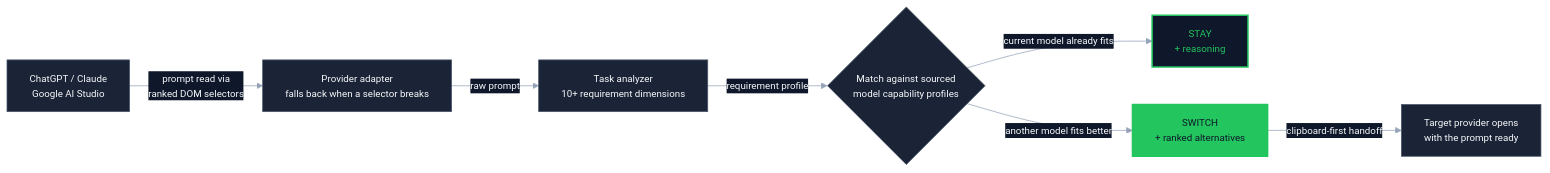
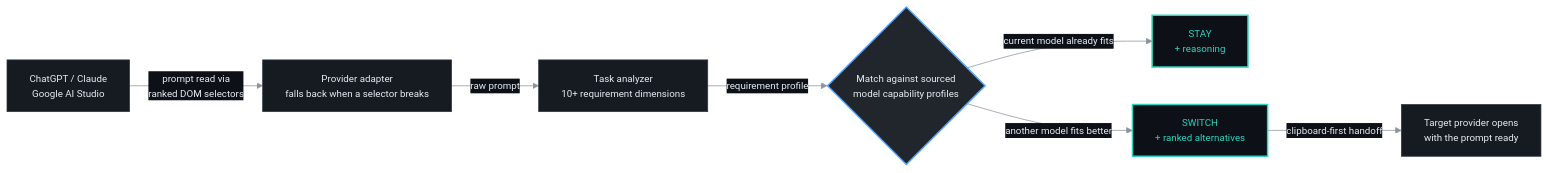
The first of 5 diagrams in README.md (amansinghyadav4/amansinghyadav4), drawn with Mermaid before and after one commit. The commit also changed other lines of this file, not shown here.

````diff
--- a/README.md
+++ b/README.md
@@ -174,12 +146,13 @@
 ```mermaid
-%%{init: {"theme":"base","themeVariables":{"primaryColor":"#1B2336","primaryTextColor":"#F8FAFC","primaryBorderColor":"#475569","secondaryColor":"#1E293B","tertiaryColor":"#0F172A","lineColor":"#94A3B8","textColor":"#F8FAFC","edgeLabelBackground":"#0F172A","fontSize":"13px"}}}%%
+%%{init: {"theme":"base","themeVariables":{"primaryColor":"#161B22","primaryTextColor":"#E6EDF3","primaryBorderColor":"#30363D","secondaryColor":"#21262D","tertiaryColor":"#0D1117","lineColor":"#8B949E","textColor":"#E6EDF3","edgeLabelBackground":"#0D1117","fontSize":"13px"}}}%%
 flowchart LR
     U["ChatGPT / Claude<br/>Google AI Studio"] -->|"prompt read via<br/>ranked DOM selectors"| AD["Provider adapter<br/>falls back when a selector breaks"]
     AD -->|"raw prompt"| AN["Task analyzer<br/>10+ requirement dimensions"]
     AN -->|"requirement profile"| M{"Match against sourced<br/>model capability profiles"}
     M -->|"current model already fits"| S["STAY<br/>+ reasoning"]
     M -->|"another model fits better"| W["SWITCH<br/>+ ranked alternatives"]
     W -->|"clipboard-first handoff"| T["Target provider opens<br/>with the prompt ready"]
-    style S fill:#0F172A,stroke:#22C55E,stroke-width:2px,color:#22C55E
-    style W fill:#22C55E,stroke:#22C55E,stroke-width:2px,color:#0F172A
+    style M fill:#21262D,stroke:#58A6FF,stroke-width:2px,color:#E6EDF3
+    style S fill:#0D1117,stroke:#2DD4BF,stroke-width:2px,color:#2DD4BF
+    style W fill:#0D1117,stroke:#2DD4BF,stroke-width:2px,color:#2DD4BF
 ```
````
